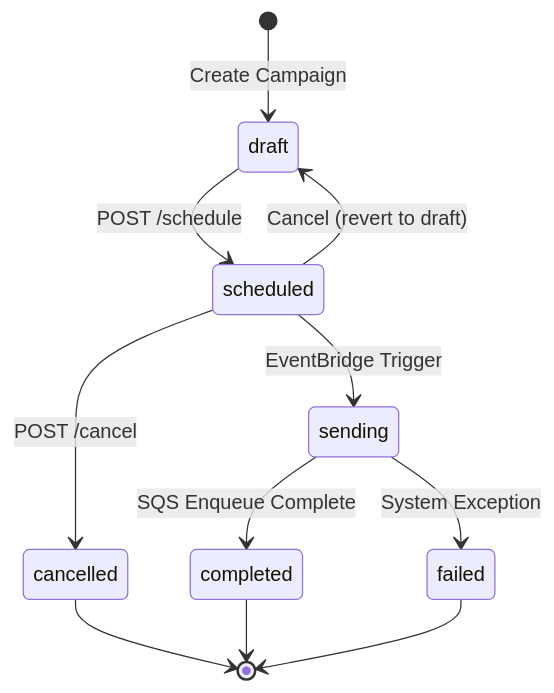
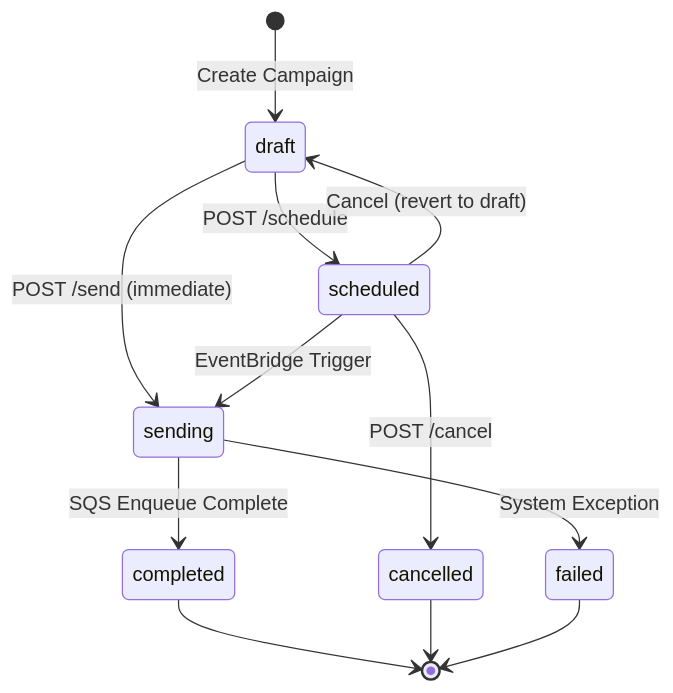
One commit to swinburne-group8-cos40005/aws-customer-support-email-campaign changed the first of 2 diagrams in docs/email-state-machine.md. Above: the diagram before and after it, drawn with Mermaid. The commit also changed other lines of this file and 2 other files, not shown here.

Commit message:
docs: add immediate-send dispatch option to state machine, API contract and audit strategy
Decision from issue #4 discussion (dispatch-mode):
- Immediate send: scheduled_at = NOW(), flows draft -> sending directly
  (skips 'scheduled', no EventBridge rule created)
- Dispatcher has two triggers: EventBridge (scheduled), direct invoke (immediate)
- New dedicated audit action 'send' so immediate dispatch stays
  distinguishable from future scheduling in the audit trail
- Schema side (dispatch_mode column, CHECK invariants) lives in PR #16

````diff
--- a/docs/email-state-machine.md
+++ b/docs/email-state-machine.md
@@ -30,13 +31,14 @@
 ```mermaid
 stateDiagram-v2
     [*] --> draft : Create Campaign
     draft --> scheduled : POST /schedule
+    draft --> sending : POST /send (immediate)
     scheduled --> draft : Cancel (revert to draft)
     scheduled --> cancelled : POST /cancel
     scheduled --> sending : EventBridge Trigger
     sending --> completed : SQS Enqueue Complete
     sending --> failed : System Exception
     completed --> [*]
     cancelled --> [*]
     failed --> [*]
 ```
````
